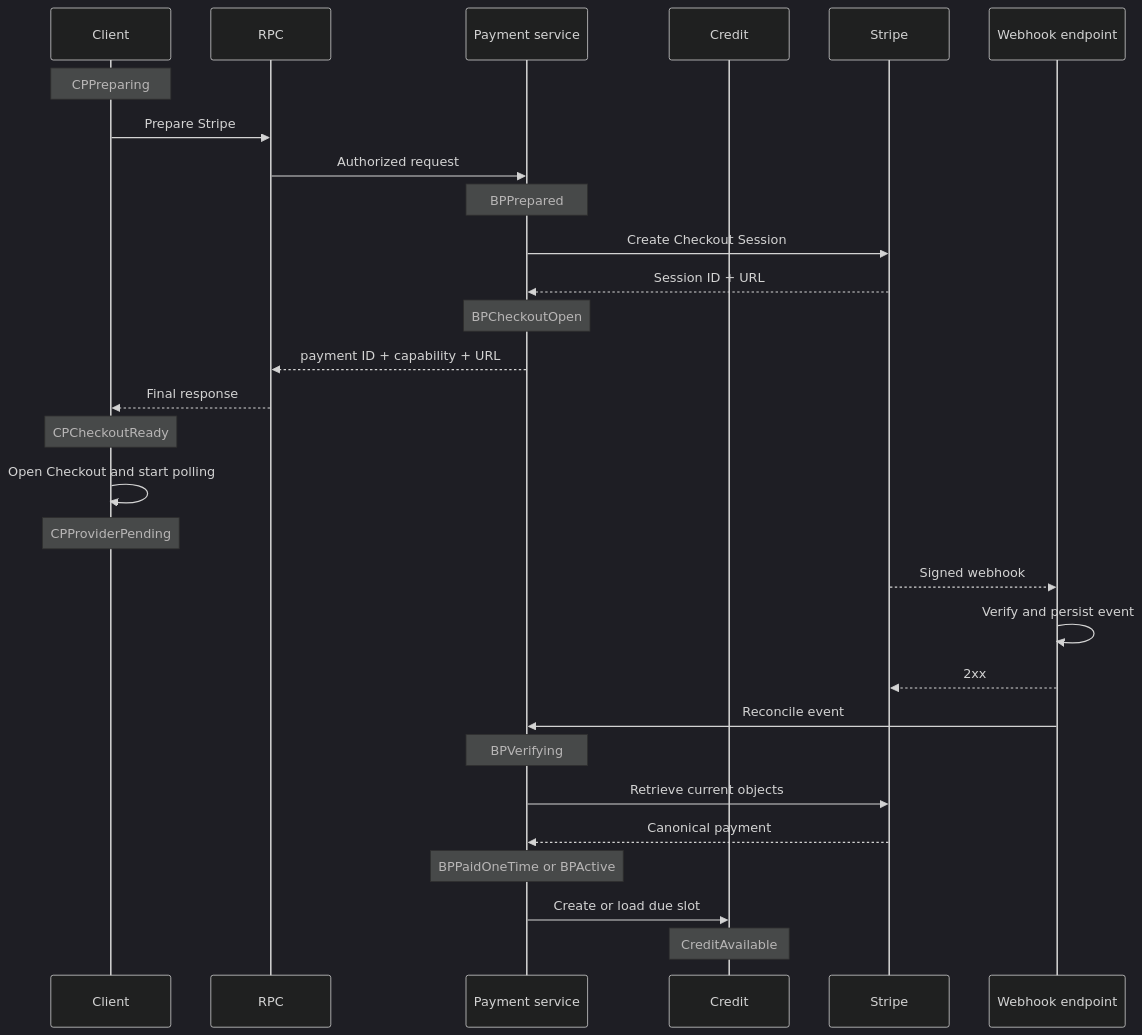
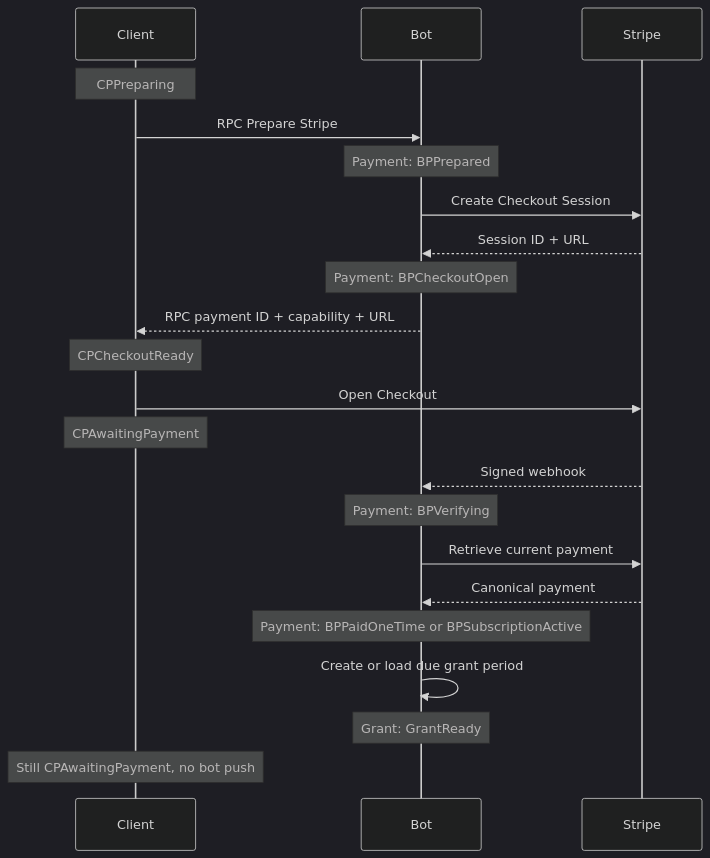
One commit to simplex-chat/simplex-chat changed the fifth of 6 diagrams in plans/2026-07-20-supporter-badges-v2-implementation.md. Above: the diagram before and after it, drawn with Mermaid (dark theme). The commit also changed other lines of this file and 4 other files, not shown here.

````diff
--- a/plans/2026-07-20-supporter-badges-v2-implementation.md
+++ b/plans/2026-07-20-supporter-badges-v2-implementation.md
@@ -319,31 +294,24 @@
 ```mermaid
 sequenceDiagram
   participant C as Client
-  participant RPC as RPC
-  participant P as Payment service
-  participant X as Credit
+  participant B as Bot
   participant S as Stripe
-  participant W as Webhook endpoint
   Note over C: CPPreparing
-  C->>RPC: Prepare Stripe
-  RPC->>P: Authorized request
-  Note over P: BPPrepared
-  P->>S: Create Checkout Session
-  S-->>P: Session ID + URL
-  Note over P: BPCheckoutOpen
-  P-->>RPC: payment ID + capability + URL
-  RPC-->>C: Final response
+  C->>B: RPC Prepare Stripe
+  Note over B: Payment: BPPrepared
+  B->>S: Create Checkout Session
+  S-->>B: Session ID + URL
+  Note over B: Payment: BPCheckoutOpen
+  B-->>C: RPC payment ID + capability + URL
   Note over C: CPCheckoutReady
-  C->>C: Open Checkout and start polling
-  Note over C: CPProviderPending
-  S-->>W: Signed webhook
-  W->>W: Verify and persist event
-  W-->>S: 2xx
-  W->>P: Reconcile event
-  Note over P: BPVerifying
-  P->>S: Retrieve current objects
-  S-->>P: Canonical payment
-  Note over P: BPPaidOneTime or BPActive
-  P->>X: Create or load due slot
-  Note over X: CreditAvailable
+  C->>S: Open Checkout
+  Note over C: CPAwaitingPayment
+  S-->>B: Signed webhook
+  Note over B: Payment: BPVerifying
+  B->>S: Retrieve current payment
+  S-->>B: Canonical payment
+  Note over B: Payment: BPPaidOneTime or BPSubscriptionActive
+  B->>B: Create or load due grant period
+  Note over B: Grant: GrantReady
+  Note over C: Still CPAwaitingPayment, no bot push
 ```
````
